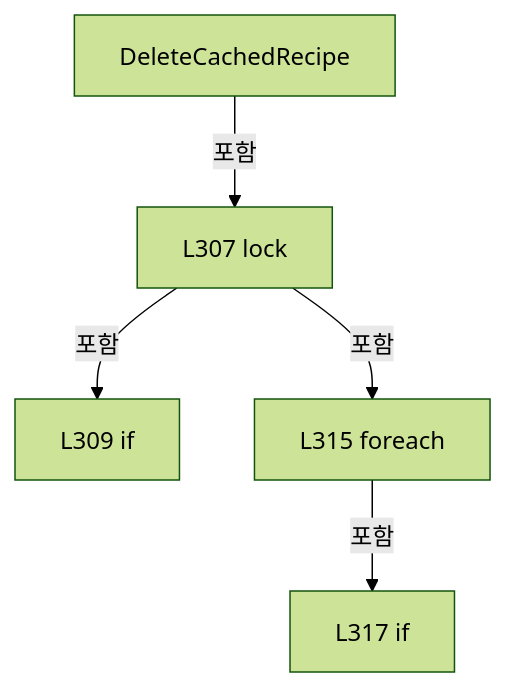
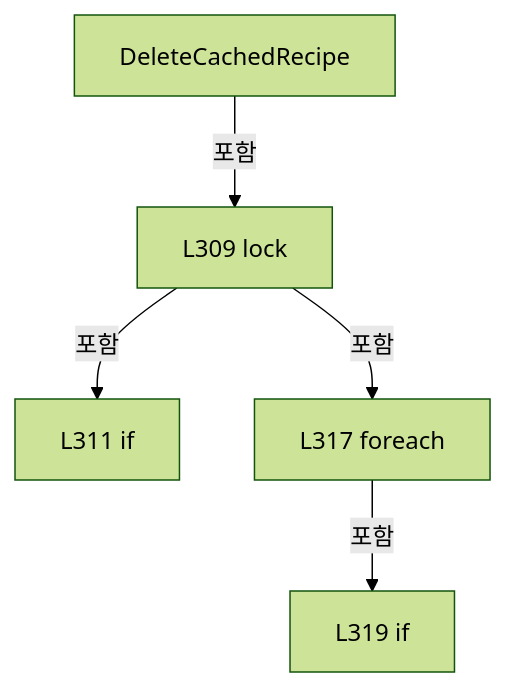
Before and after one commit to kjuws10-rgb/Shared: diagram 16 of 18 in A3 LD Code Ref/files/Drilling.Common/Managers/CRecipeManager.cs.md, drawn with Mermaid (forest theme). The commit also changed other lines of this file and 2071 other files, not shown here.

Commit message:
docs(a3): update 11.19.0 architecture and code reference

````diff
--- a/A3 LD Code Ref/files/Drilling.Common/Managers/CRecipeManager.cs.md
+++ b/A3 LD Code Ref/files/Drilling.Common/Managers/CRecipeManager.cs.md
@@ -2037,12 +2038,12 @@
 ```mermaid
 flowchart TD
  M["DeleteCachedRecipe"]
- N0["L307 lock"]
+ N0["L309 lock"]
  M -->|포함| N0
- N1["L309 if"]
+ N1["L311 if"]
  N0 -->|포함| N1
- N2["L315 foreach"]
+ N2["L317 foreach"]
  N0 -->|포함| N2
- N3["L317 if"]
+ N3["L319 if"]
  N2 -->|포함| N3
 ```
````
